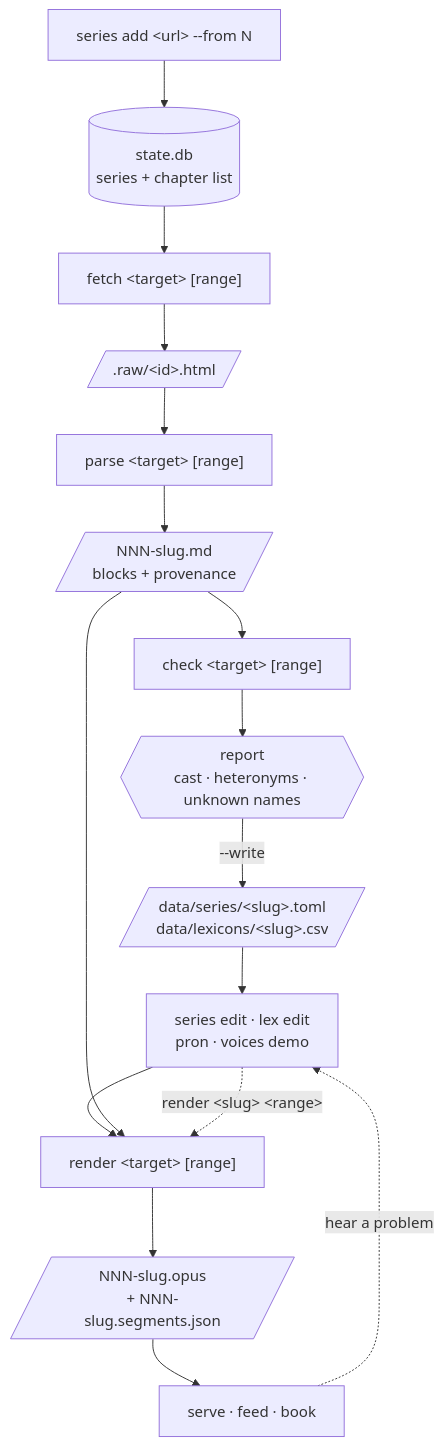
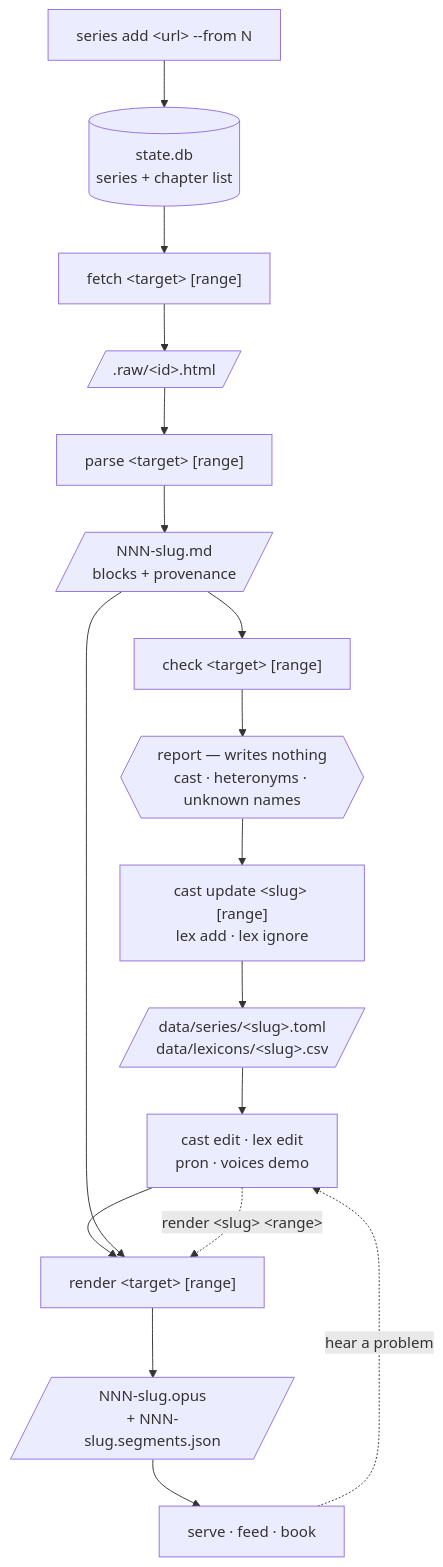
One commit to jrobrien/webnovel-audio changed the diagram in README.md. Above: the diagram before and after it, drawn with Mermaid. The commit also changed other lines of this file and 11 other files, not shown here.

````diff
--- a/README.md
+++ b/README.md
@@ -77,18 +78,19 @@
 ```mermaid
 flowchart TD
     A["series add &lt;url&gt; --from N"] --> DB[("state.db<br/>series + chapter list")]
     DB --> F["fetch &lt;target&gt; [range]"]
     F --> RAW[/".raw/&lt;id&gt;.html"/]
     RAW --> P["parse &lt;target&gt; [range]"]
     P --> MD[/"NNN-slug.md<br/>blocks + provenance"/]
     MD --> CK["check &lt;target&gt; [range]"]
-    CK --> REP{{"report<br/>cast · heteronyms · unknown names"}}
-    REP -->|"--write"| CFG[/"data/series/&lt;slug&gt;.toml<br/>data/lexicons/&lt;slug&gt;.csv"/]
-    CFG --> ED["series edit · lex edit<br/>pron · voices demo"]
+    CK --> REP{{"report — writes nothing<br/>cast · heteronyms · unknown names"}}
+    REP --> AP["cast update &lt;slug&gt; [range]<br/>lex add · lex ignore"]
+    AP --> CFG[/"data/series/&lt;slug&gt;.toml<br/>data/lexicons/&lt;slug&gt;.csv"/]
+    CFG --> ED["cast edit · lex edit<br/>pron · voices demo"]
     ED --> R["render &lt;target&gt; [range]"]
     MD --> R
     R --> OP[/"NNN-slug.opus<br/>+ NNN-slug.segments.json"/]
     OP --> D["serve · feed · book"]
     D -.->|"hear a problem"| ED
     ED -.->|"render &lt;slug&gt; &lt;range&gt;"| R
 ```
````
